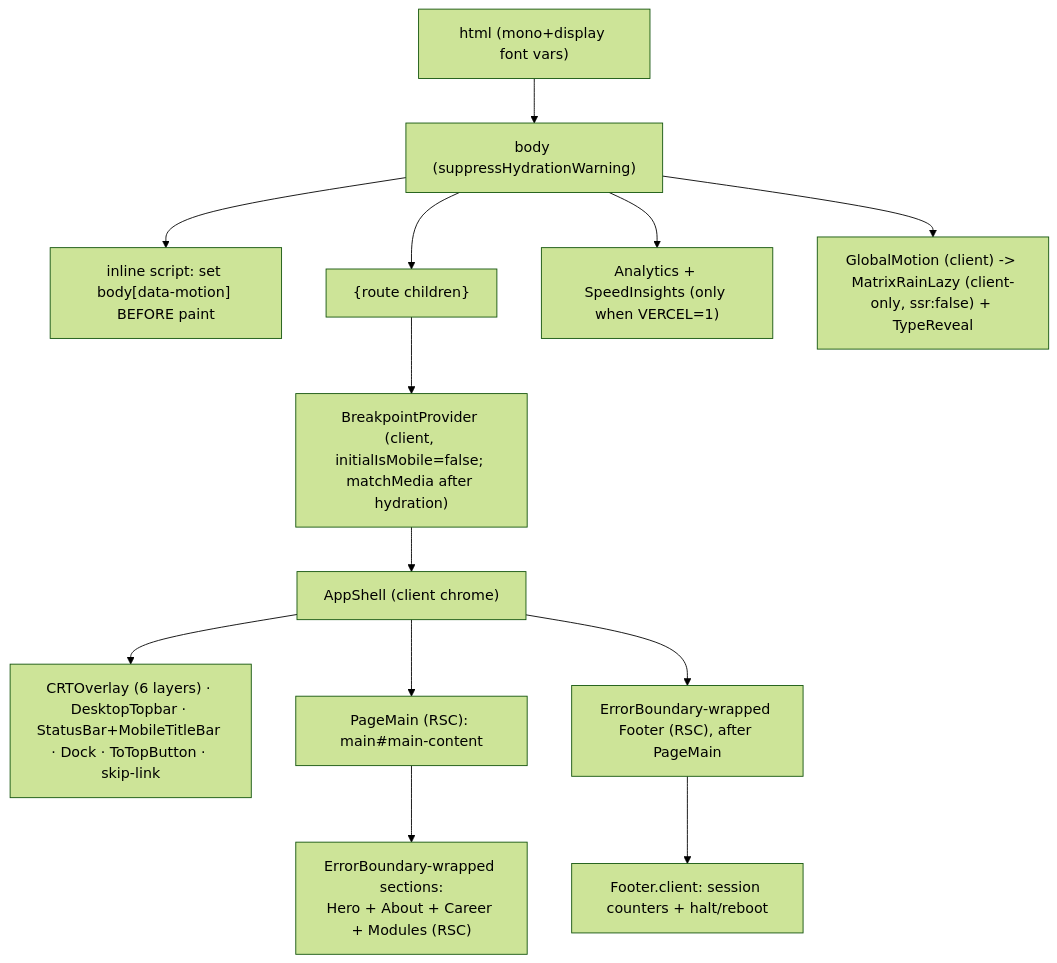
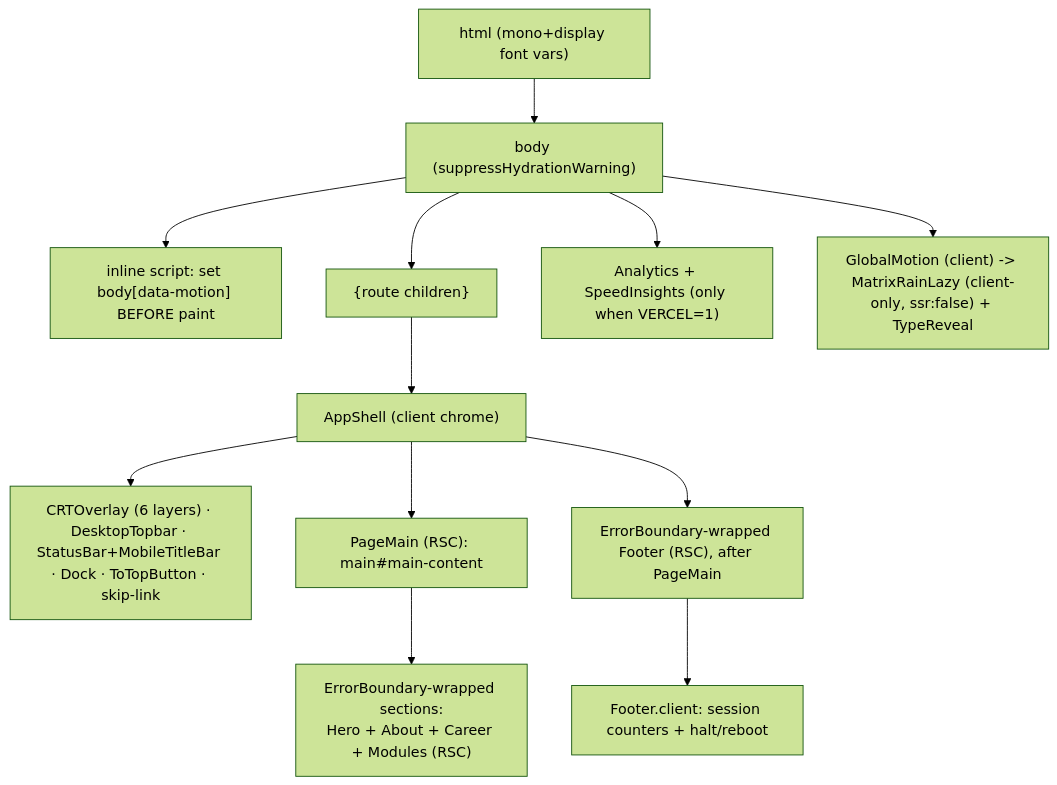
The second of 6 diagrams in docs/03-rendering-and-data-flow.md (erikunha/portfolio), drawn with Mermaid (forest theme) before and after one commit. The commit also changed 14 other files, not shown here.

````diff
--- a/docs/03-rendering-and-data-flow.md
+++ b/docs/03-rendering-and-data-flow.md
@@ -63,15 +63,14 @@
 ```mermaid
 flowchart TD
     html["html (mono+display font vars)"] --> body["body (suppressHydrationWarning)"]
     body --> boot["inline script: set body[data-motion] BEFORE paint"]
     body --> children["{route children}"]
     body --> rum["Analytics + SpeedInsights (only when VERCEL=1)"]
     body --> gm["GlobalMotion (client) -> MatrixRainLazy (client-only, ssr:false) + TypeReveal"]
-    children --> bp["BreakpointProvider (client, initialIsMobile=false; matchMedia after hydration)"]
-    bp --> appshell["AppShell (client chrome)"]
+    children --> appshell["AppShell (client chrome)"]
     appshell --> chrome["CRTOverlay (6 layers) · DesktopTopbar · StatusBar+MobileTitleBar · Dock · ToTopButton · skip-link"]
     appshell --> main["PageMain (RSC): main#main-content"]
     main --> secs["ErrorBoundary-wrapped sections:<br/>Hero + About + Career + Modules (RSC)"]
     appshell --> footer["ErrorBoundary-wrapped Footer (RSC), after PageMain"]
     footer --> footerIslands["Footer.client: session counters + halt/reboot"]
 ```
````
